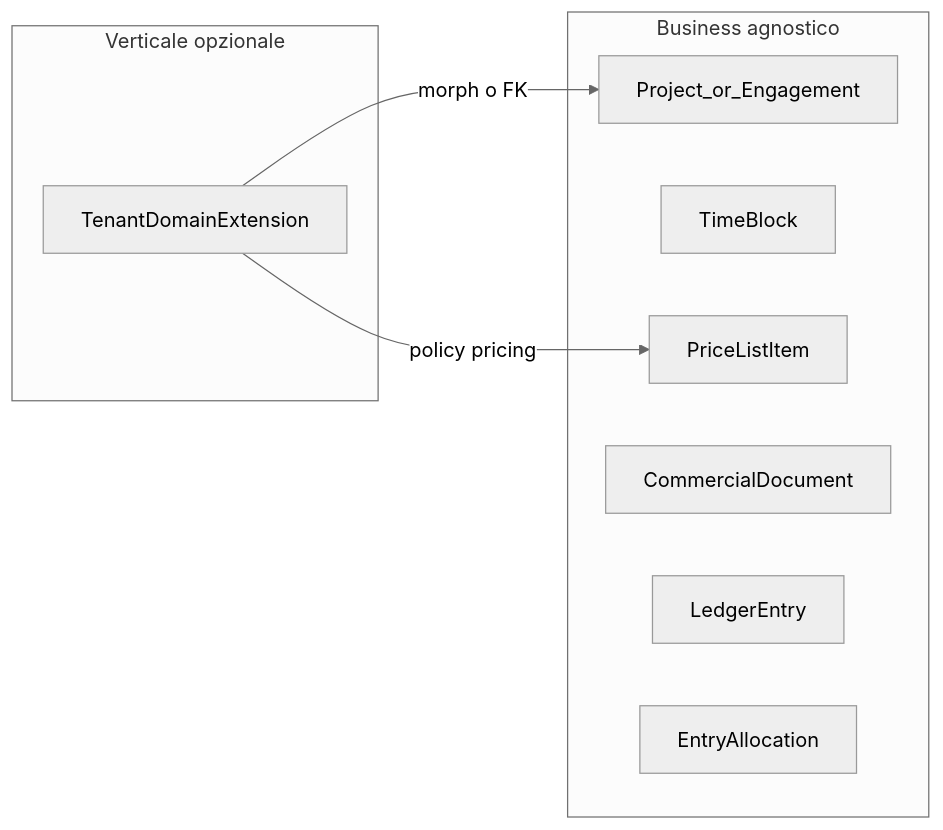
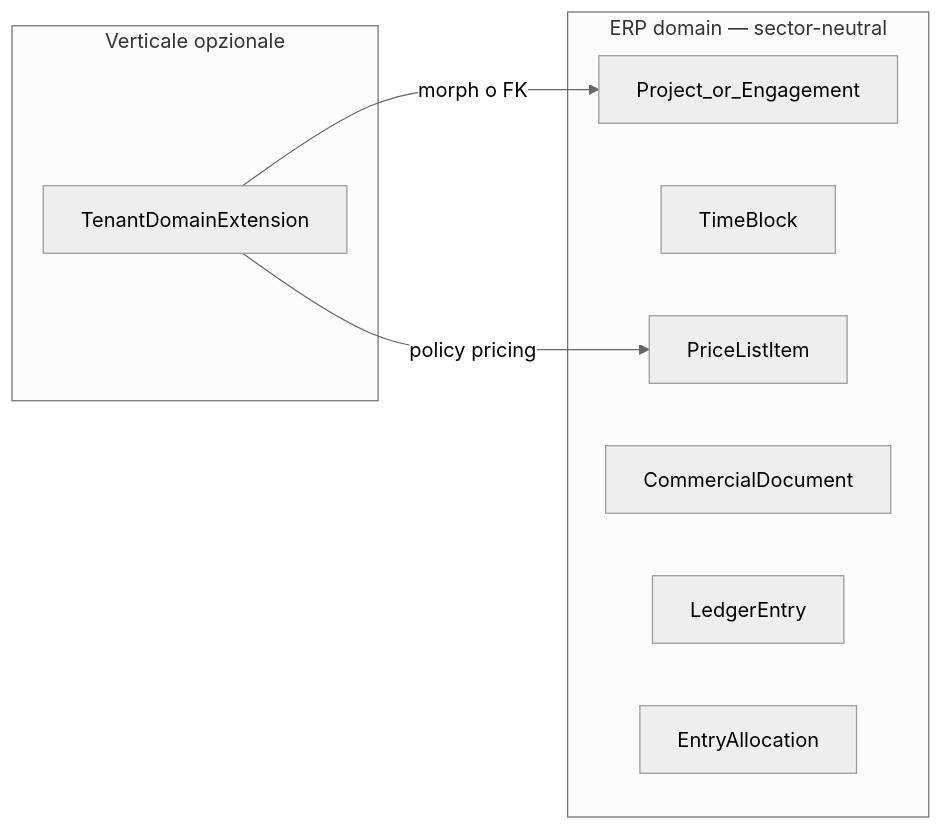
The third of 5 diagrams in .cursor/plans/nebula_verso_business_0d6eb0ed.plan.md (swolley/laraplate), drawn with Mermaid (neutral theme) before and after one commit. The commit also changed other lines of this file, not shown here.

First line of the commit message:
docs(plan): align Nebula plan with ERP module paths and naming

````diff
--- a/.cursor/plans/nebula_verso_business_0d6eb0ed.plan.md
+++ b/.cursor/plans/nebula_verso_business_0d6eb0ed.plan.md
@@ -505,16 +509,16 @@
 ```mermaid
 flowchart LR
-  subgraph business [Business agnostico]
+  subgraph erp_domain [ERP domain — sector-neutral]
     Project[Project_or_Engagement]
     Time[TimeBlock]
     Catalog[PriceListItem]
     Quotation[CommercialDocument]
     Ledger[LedgerEntry]
     Alloc[EntryAllocation]
   end
   subgraph optionalVertical [Verticale opzionale]
     ExtensionAdapter[TenantDomainExtension]
   end
   ExtensionAdapter -->|morph o FK| Project
   ExtensionAdapter -->|policy pricing| Catalog
 ```
````
